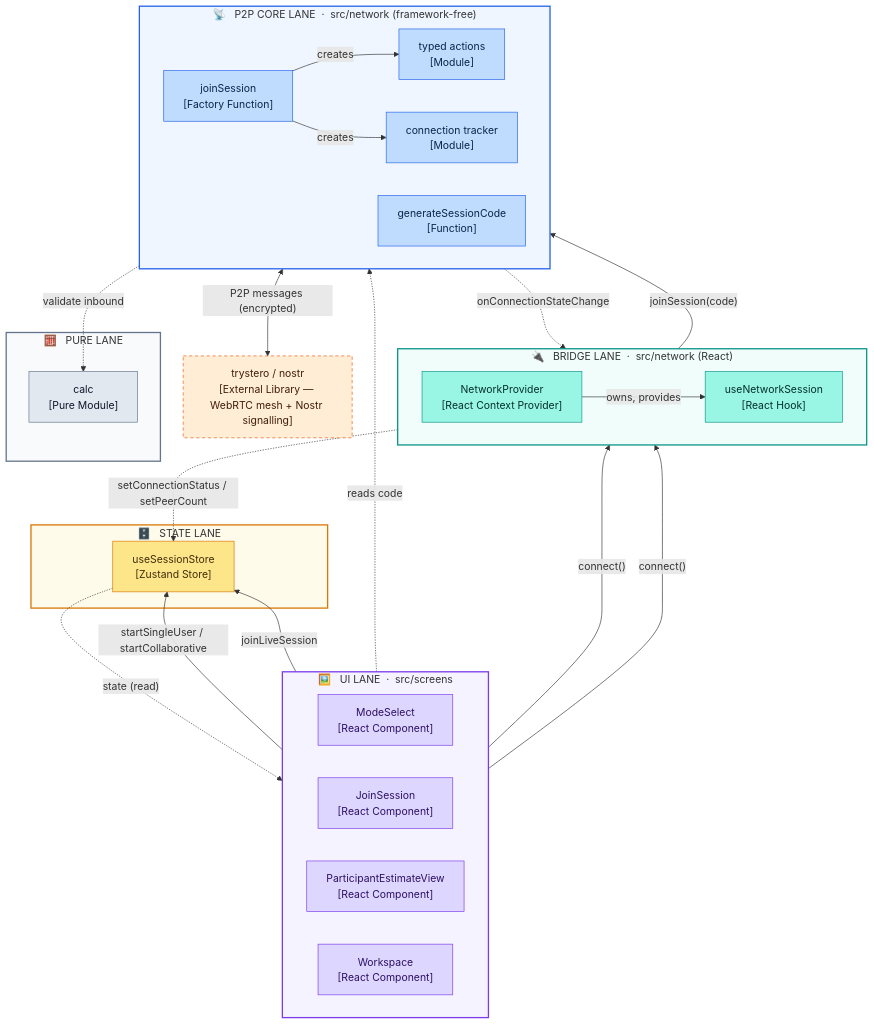
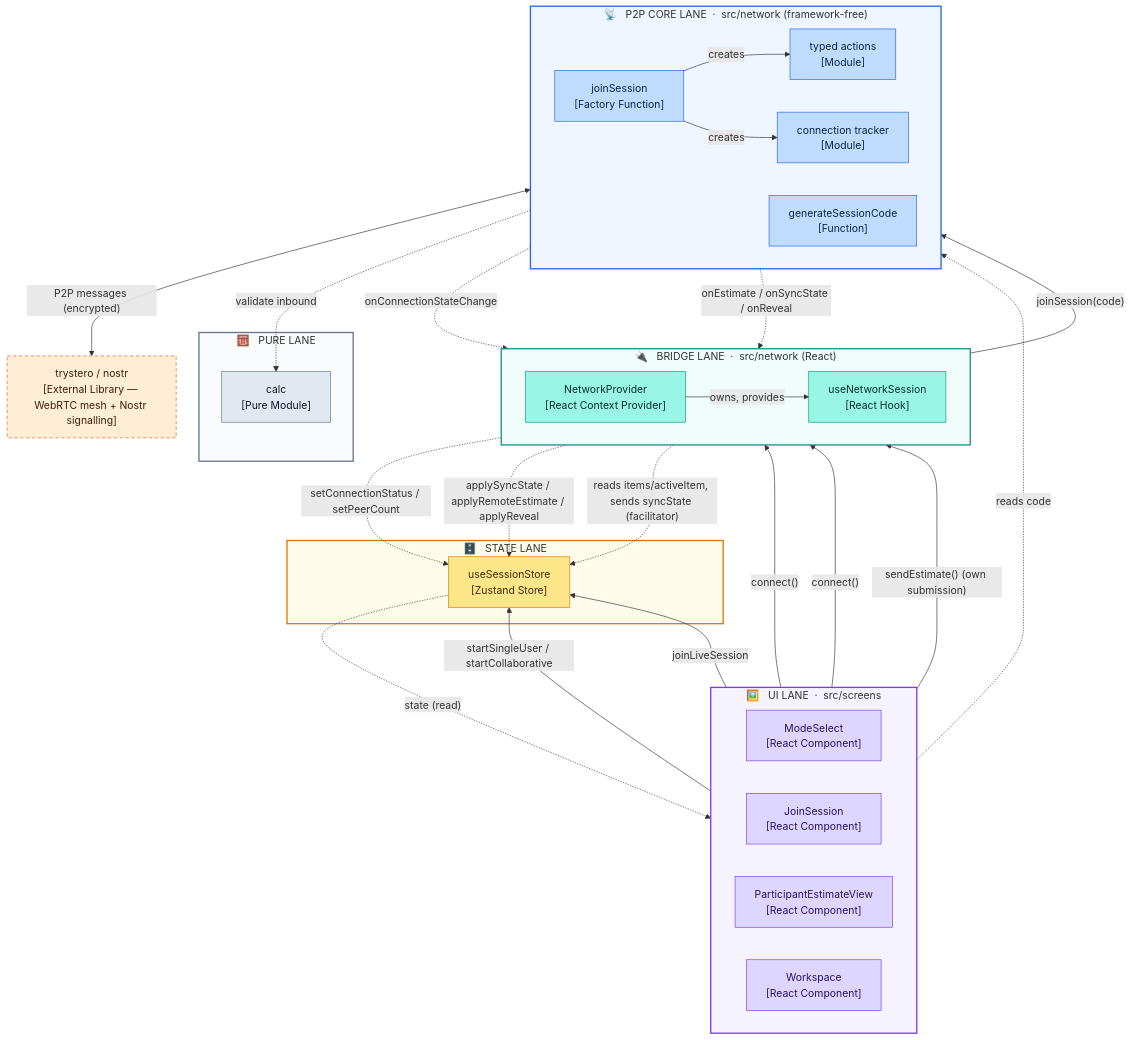
The first of 5 diagrams in docs/concepts/collaboration-mode.md (cfisch3r/estimate), drawn with Mermaid before and after one commit. The commit also changed other lines of this file and 11 other files, not shown here.

First line of the commit message:
Build Participant Estimate View: estimating / waiting / revealed flow (#7) (#42)

````diff
--- a/docs/concepts/collaboration-mode.md
+++ b/docs/concepts/collaboration-mode.md
@@ -21,73 +21,77 @@
 ```mermaid
 flowchart TD
   subgraph screens["🖼️ &nbsp; UI LANE &nbsp;·&nbsp; src/screens"]
     direction LR
     MS["ModeSelect<br/>[React Component]"]
     JS["JoinSession<br/>[React Component]"]
     PEV["ParticipantEstimateView<br/>[React Component]"]
     WS["Workspace<br/>[React Component]"]
   end
 
   subgraph statelane["🗄️ &nbsp; STATE LANE"]
     Store["useSessionStore<br/>[Zustand Store]"]
   end
 
   subgraph bridge["🔌 &nbsp; BRIDGE LANE &nbsp;·&nbsp; src/network (React)"]
     direction LR
     NP["NetworkProvider<br/>[React Context Provider]"]
     Hook["useNetworkSession<br/>[React Hook]"]
   end
 
   subgraph core["📡 &nbsp; P2P CORE LANE &nbsp;·&nbsp; src/network (framework-free)"]
     direction LR
     JSN["joinSession<br/>[Factory Function]"]
     Act["typed actions<br/>[Module]"]
     Conn["connection tracker<br/>[Module]"]
     Code["generateSessionCode<br/>[Function]"]
   end
 
   subgraph purelane["🧮 &nbsp; PURE LANE"]
     Calc["calc<br/>[Pure Module]"]
   end
 
   Trystero["trystero / nostr<br/>[External Library — WebRTC mesh + Nostr signalling]"]
 
   %% --- synchronous calls (solid) ---
   MS -->|"startSingleUser / startCollaborative"| Store
   JS -->|"joinLiveSession"| Store
   MS -->|"connect()"| Hook
   JS -->|"connect()"| Hook
   MS -.->|"reads code"| Code
   NP -->|"owns, provides"| Hook
   Hook -->|"joinSession(code)"| JSN
+  PEV -->|"sendEstimate() (own submission)"| Hook
   JSN -->|"creates"| Act
   JSN -->|"creates"| Conn
   Act <-->|"P2P messages (encrypted)"| Trystero
   Act -.->|"validate inbound"| Calc
 
   %% --- asynchronous events / reads (dotted) ---
   Conn -.->|"onConnectionStateChange"| Hook
+  Act -.->|"onEstimate / onSyncState / onReveal"| NP
   Hook -.->|"setConnectionStatus / setPeerCount"| Store
+  NP -.->|"applySyncState / applyRemoteEstimate / applyReveal"| Store
+  NP -.->|"reads items/activeItem, sends syncState (facilitator)"| Store
   Store -.->|"state (read)"| screens
 
   %% --- lane + node colours ---
   classDef ui     fill:#DDD6FE,stroke:#7C3AED,color:#2E1065
   classDef state  fill:#FDE68A,stroke:#D97706,color:#3F2D0B
   classDef br     fill:#99F6E4,stroke:#0D9488,color:#042F2A
   classDef pcore  fill:#BFDBFE,stroke:#2563EB,color:#0B2545
   classDef pure   fill:#E2E8F0,stroke:#64748B,color:#0F172A
   classDef ext    fill:#FFEDD5,stroke:#EA580C,color:#3F1D0B,stroke-dasharray:5 4
 
   class MS,JS,PEV,WS ui
   class Store state
   class NP,Hook br
   class JSN,Act,Conn,Code pcore
   class Calc pure
   class Trystero ext
 
   style screens   fill:#F5F3FF,stroke:#7C3AED,stroke-width:2px
   style statelane fill:#FFFBEB,stroke:#D97706,stroke-width:2px
   style bridge    fill:#F0FDFA,stroke:#0D9488,stroke-width:2px
   style core      fill:#EFF6FF,stroke:#2563EB,stroke-width:2px
   style purelane  fill:#F8FAFC,stroke:#64748B,stroke-width:2px
 ```
````
